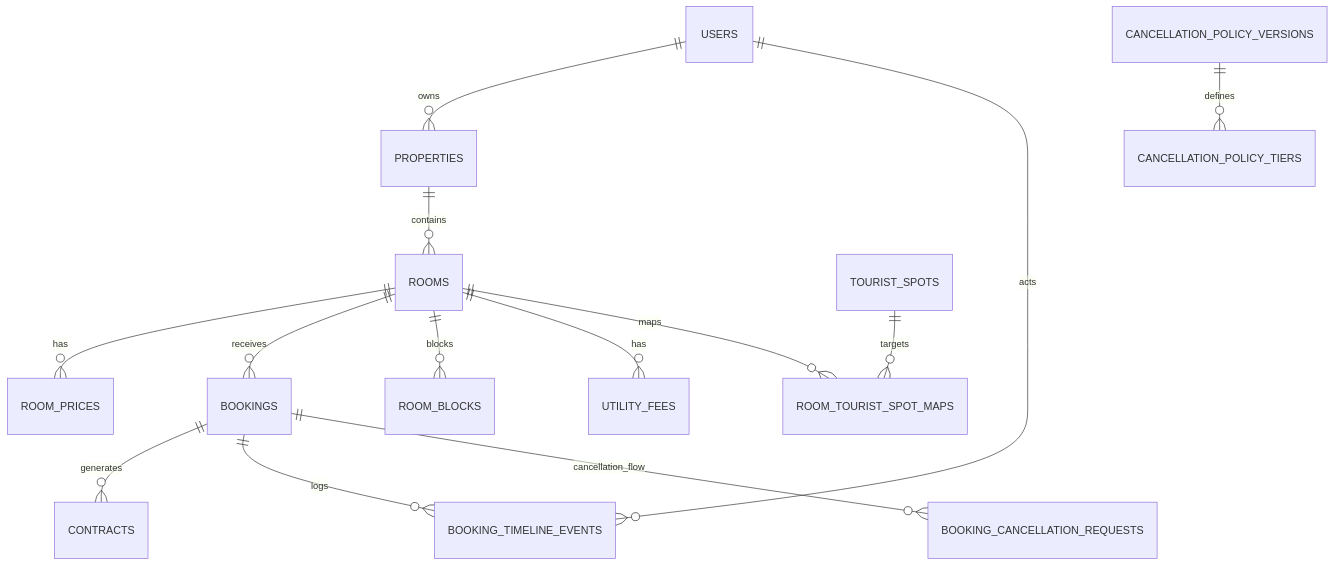
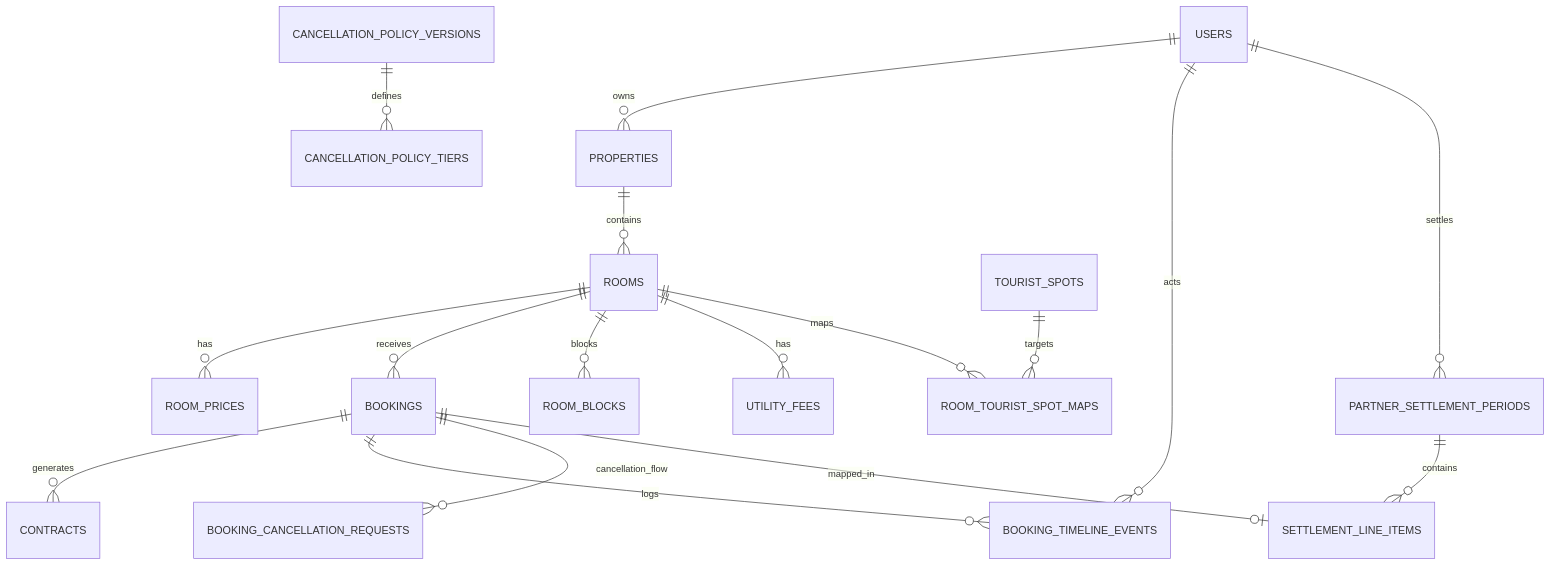
Before and after one commit to mngoc28/bks-system-be: the diagram in docs/databases_docs/db_overview_etc_core_schema.md, drawn with Mermaid. The commit also changed other lines of this file and 148 other files, not shown here.

````diff
--- a/docs/databases_docs/db_overview_etc_core_schema.md
+++ b/docs/databases_docs/db_overview_etc_core_schema.md
@@ -303,16 +355,19 @@
 ```mermaid
 erDiagram
   USERS ||--o{ PROPERTIES : owns
   PROPERTIES ||--o{ ROOMS : contains
   ROOMS ||--o{ ROOM_PRICES : has
   ROOMS ||--o{ BOOKINGS : receives
   ROOMS ||--o{ ROOM_BLOCKS : blocks
   ROOMS ||--o{ UTILITY_FEES : has
   ROOMS ||--o{ ROOM_TOURIST_SPOT_MAPS : maps
   BOOKINGS ||--o{ CONTRACTS : generates
   BOOKINGS ||--o{ BOOKING_TIMELINE_EVENTS : logs
   USERS ||--o{ BOOKING_TIMELINE_EVENTS : acts
   BOOKINGS ||--o{ BOOKING_CANCELLATION_REQUESTS : cancellation_flow
   CANCELLATION_POLICY_VERSIONS ||--o{ CANCELLATION_POLICY_TIERS : defines
   TOURIST_SPOTS ||--o{ ROOM_TOURIST_SPOT_MAPS : targets
+  BOOKINGS ||--o| SETTLEMENT_LINE_ITEMS : mapped_in
+  PARTNER_SETTLEMENT_PERIODS ||--o{ SETTLEMENT_LINE_ITEMS : contains
+  USERS ||--o{ PARTNER_SETTLEMENT_PERIODS : settles
 ```
````
